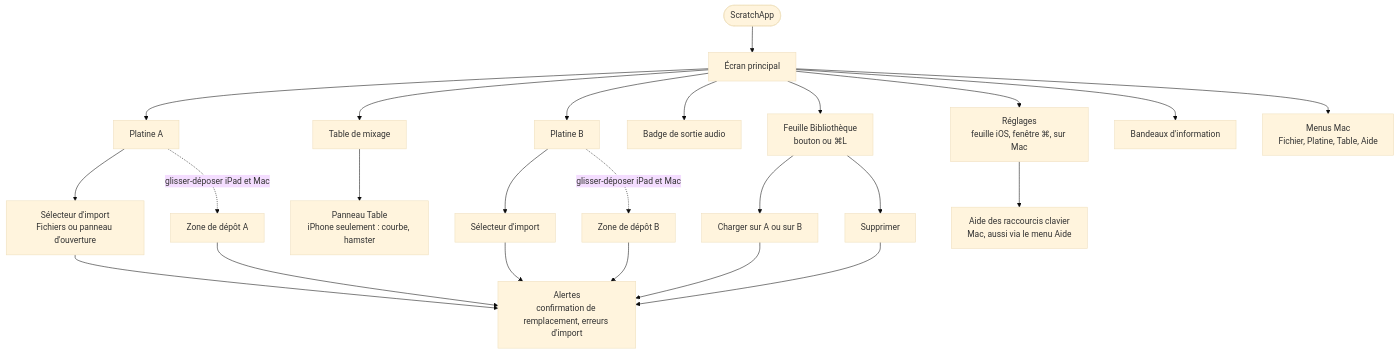
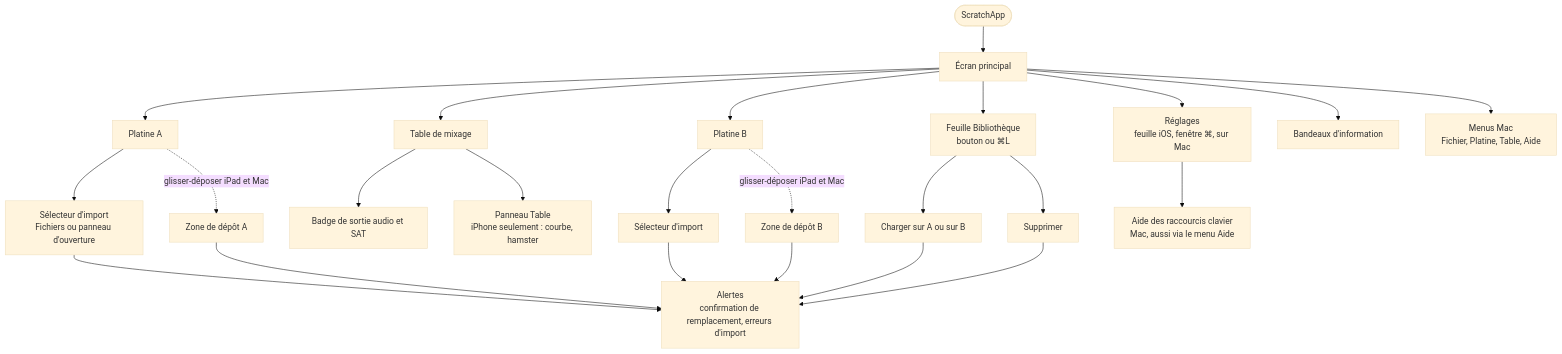
One commit to fatahbenguenna/scratchApp changed the first of 7 diagrams in docs/bmad/front-end-spec.md. Above: the diagram before and after it, drawn with Mermaid (base theme). The commit also changed other lines of this file, not shown here.

````diff
--- a/docs/bmad/front-end-spec.md
+++ b/docs/bmad/front-end-spec.md
@@ -100,26 +100,26 @@
 ```mermaid
 flowchart TD
     app(["ScratchApp"]) --> main["Écran principal"]
     main --> deckA["Platine A"]
     main --> mixer["Table de mixage"]
     main --> deckB["Platine B"]
-    main --> badge["Badge de sortie audio"]
+    mixer --> badge["Badge de sortie audio et SAT"]
     main --> lib["Feuille Bibliothèque<br/>bouton ou ⌘L"]
     main --> settings["Réglages<br/>feuille iOS, fenêtre ⌘, sur Mac"]
     deckA --> pickA["Sélecteur d'import<br/>Fichiers ou panneau d'ouverture"]
     deckB --> pickB["Sélecteur d'import"]
     deckA -.->|glisser-déposer iPad et Mac| dropA["Zone de dépôt A"]
     deckB -.->|glisser-déposer iPad et Mac| dropB["Zone de dépôt B"]
     mixer --> tablePop["Panneau Table<br/>iPhone seulement : courbe, hamster"]
     lib --> loadAB["Charger sur A ou sur B"]
     lib --> del["Supprimer"]
     settings --> help["Aide des raccourcis clavier<br/>Mac, aussi via le menu Aide"]
     pickA --> alerts["Alertes<br/>confirmation de remplacement, erreurs d'import"]
     pickB --> alerts
     dropA --> alerts
     dropB --> alerts
     loadAB --> alerts
     del --> alerts
     main --> toasts["Bandeaux d'information"]
     main --> menus["Menus Mac<br/>Fichier, Platine, Table, Aide"]
 ```
````
